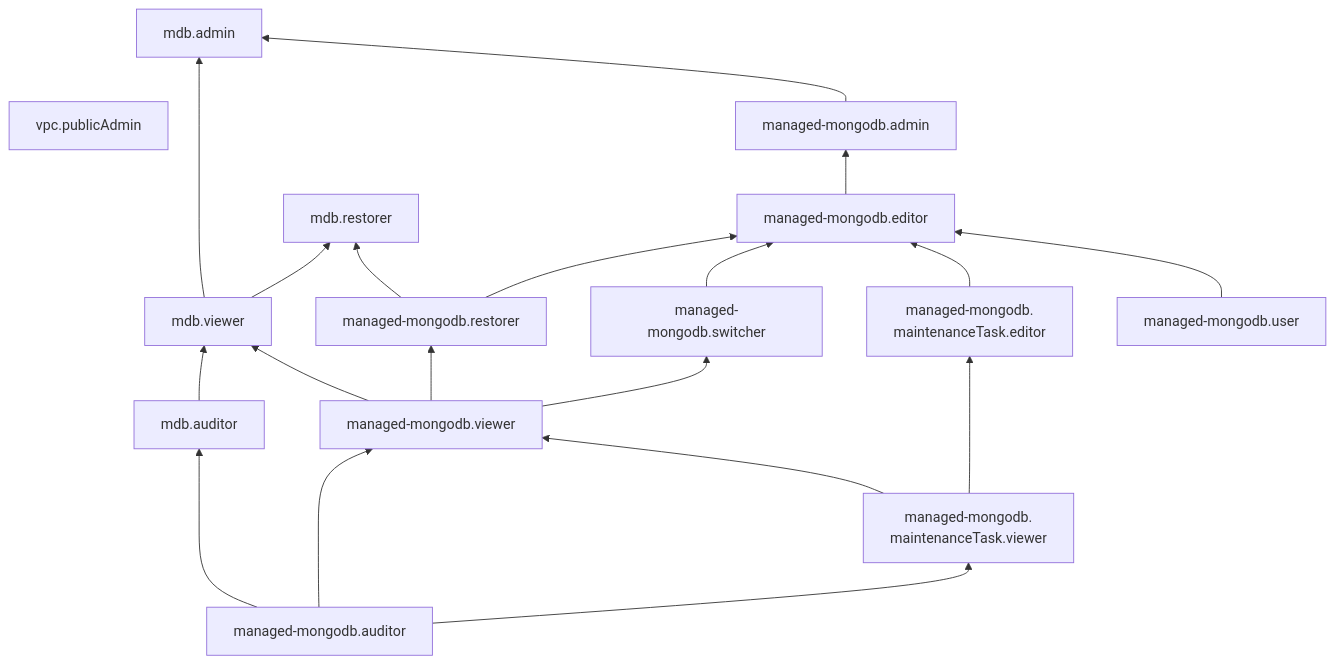
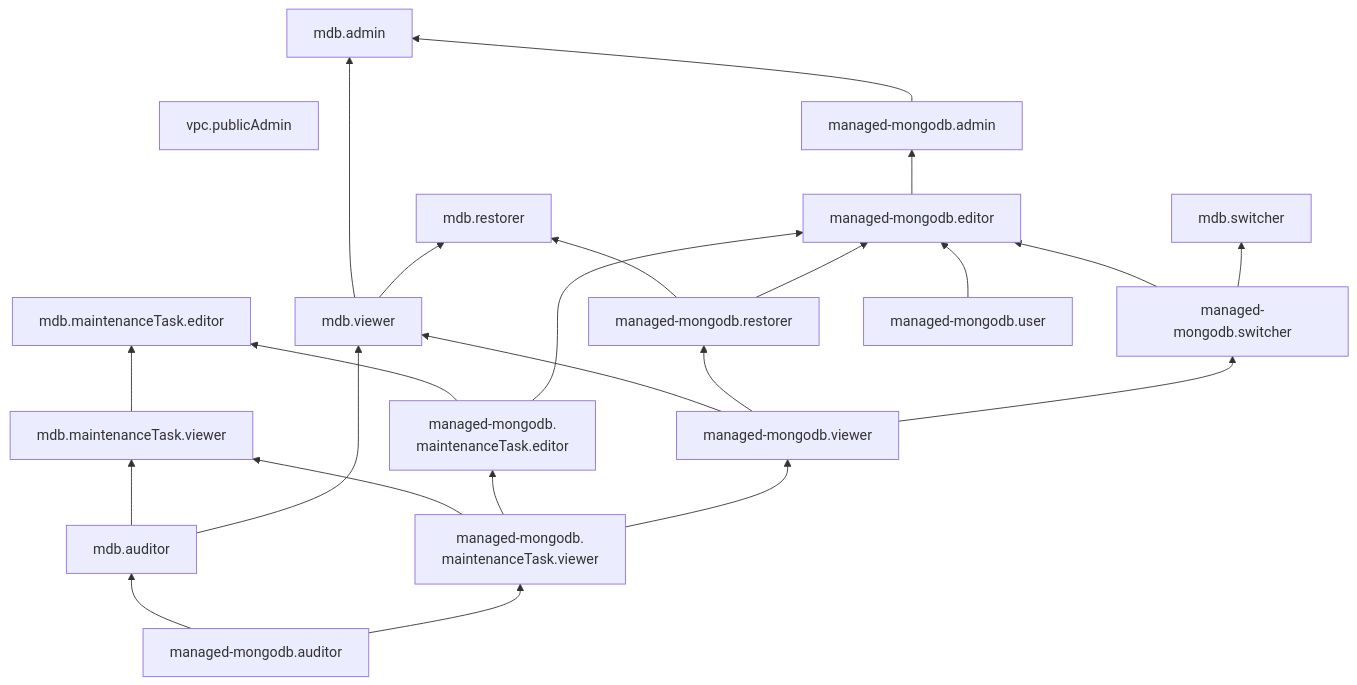
The diagram in ru/_mermaid/roles/managed-storedoc.md (yandex-cloud/docs), drawn with Mermaid before and after one commit. The commit also changed 235 other files, not shown here.

````diff
--- a/ru/_mermaid/roles/managed-storedoc.md
+++ b/ru/_mermaid/roles/managed-storedoc.md
@@ -1,24 +1,28 @@
 ```mermaid
 flowchart BT
     vpc.publicAdmin ~~~ mdb.admin
+    managed-mongodb.auditor --> mdb.auditor
+    mdb.auditor --> mdb.maintenanceTask.viewer
+    mdb.auditor --> mdb.viewer
     mdb.viewer --> mdb.admin
-    mdb.auditor --> mdb.viewer
+    managed-mongodb.restorer --> mdb.restorer
     mdb.viewer --> mdb.restorer
-    managed-mongodb.restorer --> mdb.restorer
-    managed-mongodb.admin --> mdb.admin
     managed-mongodb.viewer --> mdb.viewer
-    managed-mongodb.auditor --> mdb.auditor
-    managed-mongodb.switcher --> managed-mongodb.editor
-    managed-mongodb.editor --> managed-mongodb.admin
     managed-mongodb.viewer --> managed-mongodb.restorer
-    managed-mongodb.restorer --> managed-mongodb.editor
-    managed-mongodb.viewer --> managed-mongodb.switcher
-    managed-mongodb.maintenanceTask.editor --> managed-mongodb.editor
-    managed-mongodb.auditor --> managed-mongodb.viewer
-    managed-mongodb.maintenanceTask.viewer --> managed-mongodb.viewer
+    managed-mongodb.maintenanceTask.viewer --> mdb.maintenanceTask.viewer
     managed-mongodb.maintenanceTask.viewer --> managed-mongodb.maintenanceTask.editor["`managed-mongodb.
     maintenanceTask.editor`"]
+    mdb.maintenanceTask.viewer --> mdb.maintenanceTask.editor
+    managed-mongodb.maintenanceTask.editor --> mdb.maintenanceTask.editor
+    managed-mongodb.switcher --> managed-mongodb.editor
+    managed-mongodb.restorer --> managed-mongodb.editor
+    managed-mongodb.maintenanceTask.editor --> managed-mongodb.editor
     managed-mongodb.auditor --> managed-mongodb.maintenanceTask.viewer["`managed-mongodb.
     maintenanceTask.viewer`"]
     managed-mongodb.user --> managed-mongodb.editor
+    managed-mongodb.editor --> managed-mongodb.admin
+    managed-mongodb.admin --> mdb.admin
+    managed-mongodb.switcher --> mdb.switcher
+    managed-mongodb.viewer --> managed-mongodb.switcher
+    managed-mongodb.maintenanceTask.viewer --> managed-mongodb.viewer
 ```
````
